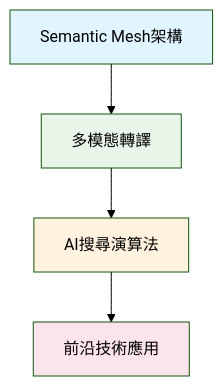
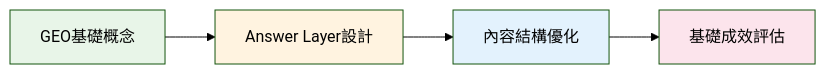
One commit to bless25min/AIOGEO-Knowledge changed the second of 2 diagrams in README.md. Above: the diagram before and after it, drawn with Mermaid (forest theme). The commit also changed other lines of this file, not shown here.

````diff
--- a/README.md
+++ b/README.md
@@ -80,11 +156,11 @@
 ```mermaid
-graph TD
-    A[Semantic Mesh架構] --> B[多模態轉譯]
-    B --> C[AI搜尋演算法]
-    C --> D[前沿技術應用]
+graph LR
+    A[GEO基礎概念] --> B[Answer Layer設計]
+    B --> C[內容結構優化]
+    C --> D[基礎成效評估]
     
-    style A fill:#e1f5fe
-    style B fill:#e8f5e8  
-    style C fill:#fff3e0
+    style A fill:#e8f5e8
+    style B fill:#fff3e0
+    style C fill:#e3f2fd
     style D fill:#fce4ec
 ```
````
